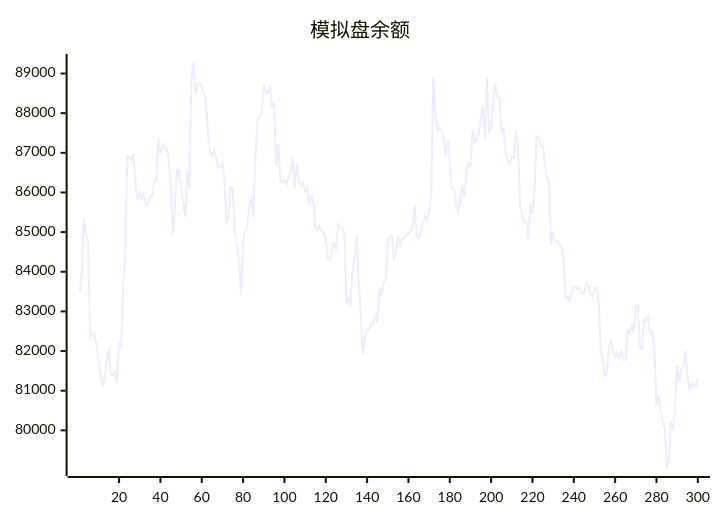
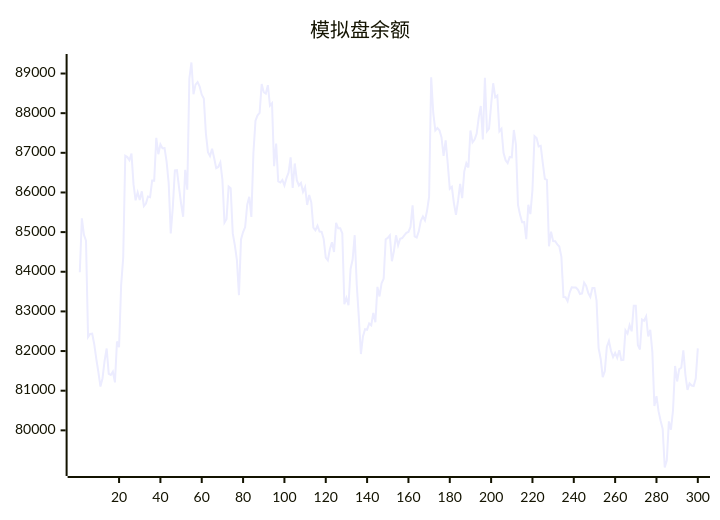
Before and after one commit to aahl/ai-trading: the diagram in README.md, drawn with Mermaid. The commit also changed other lines of this file and 1 other file, not shown here.

````diff
--- a/README.md
+++ b/README.md
@@ -5,5 +5,5 @@
 ```mermaid
 xychart
     title "模拟盘余额"
-    line [83465,83987,85348,84930,84786,82355,82433,82438,82167,81795,81466,81105,81315,81756,82064,81426,81398,81481,81210,82242,82099,83658,84359,86925,86892,86814,86980,86203,85802,86003,85811,86028,85657,85721,85896,85880,86300,86299,87378,86965,87214,87115,87118,86780,86238,84966,85623,86555,86562,86129,85722,85387,86569,86070,88870,89278,88477,88720,88781,88668,88467,88372,87493,87018,86917,87102,86870,86613,86644,86758,86317,85242,85334,86149,86106,84968,84671,84302,83410,84816,85001,85127,85693,85891,85384,87001,87811,87945,88007,88734,88528,88495,88705,88189,88248,86662,87234,86279,86251,86314,86177,86364,86503,86886,86114,86731,86310,86176,86240,86017,86136,85685,85938,85749,85111,85044,85164,85016,85008,84824,84354,84287,84572,84745,84500,85234,85096,85095,84970,83180,83338,83157,84070,84309,84922,83667,82850,81924,82369,82552,82539,82695,82648,82962,82728,83619,83378,83710,83825,84819,84854,84917,84265,84527,84919,84668,84834,84850,84916,84981,85004,85131,85674,84891,84864,85019,85284,85393,85294,85538,85894,88904,88012,87567,87625,87568,87386,86920,87313,86737,86094,86143,85725,85437,85787,86219,85859,86526,86740,86630,87563,87264,87335,87483,87886,88180,87335,88894,87544,87608,88207,88755,88401,88444,87543,87608,87000,86810,86740,86894,86884,87576,87209,85686,85435,85251,85255,84820,85689,85453,86066,87420,87373,87161,87178,86740,86341,86315,84643,85012,84772,84768,84690,84635,84376,83360,83357,83259,83474,83608,83606,83602,83548,83440,83454,83724,83644,83464,83365,83590,83592,83275,82072,81806,81344,81492,82109,82254,82006,81848,81955,81829,82022,81769,81776,82522,82441,82656,82498,83144,83144,82150,82038,82797,82763,82872,82367,82536,81981,80612,80862,80484,80242,80034,79063,79245,80226,80016,80507,81625,81233,81544,81578,82016,81401,81019,81186,81130,81118,81306]
+    line [83987,85348,84930,84786,82355,82433,82438,82167,81795,81466,81105,81315,81756,82064,81426,81398,81481,81210,82242,82099,83658,84359,86925,86892,86814,86980,86203,85802,86003,85811,86028,85657,85721,85896,85880,86300,86299,87378,86965,87214,87115,87118,86780,86238,84966,85623,86555,86562,86129,85722,85387,86569,86070,88870,89278,88477,88720,88781,88668,88467,88372,87493,87018,86917,87102,86870,86613,86644,86758,86317,85242,85334,86149,86106,84968,84671,84302,83410,84816,85001,85127,85693,85891,85384,87001,87811,87945,88007,88734,88528,88495,88705,88189,88248,86662,87234,86279,86251,86314,86177,86364,86503,86886,86114,86731,86310,86176,86240,86017,86136,85685,85938,85749,85111,85044,85164,85016,85008,84824,84354,84287,84572,84745,84500,85234,85096,85095,84970,83180,83338,83157,84070,84309,84922,83667,82850,81924,82369,82552,82539,82695,82648,82962,82728,83619,83378,83710,83825,84819,84854,84917,84265,84527,84919,84668,84834,84850,84916,84981,85004,85131,85674,84891,84864,85019,85284,85393,85294,85538,85894,88904,88012,87567,87625,87568,87386,86920,87313,86737,86094,86143,85725,85437,85787,86219,85859,86526,86740,86630,87563,87264,87335,87483,87886,88180,87335,88894,87544,87608,88207,88755,88401,88444,87543,87608,87000,86810,86740,86894,86884,87576,87209,85686,85435,85251,85255,84820,85689,85453,86066,87420,87373,87161,87178,86740,86341,86315,84643,85012,84772,84768,84690,84635,84376,83360,83357,83259,83474,83608,83606,83602,83548,83440,83454,83724,83644,83464,83365,83590,83592,83275,82072,81806,81344,81492,82109,82254,82006,81848,81955,81829,82022,81769,81776,82522,82441,82656,82498,83144,83144,82150,82038,82797,82763,82872,82367,82536,81981,80612,80862,80484,80242,80034,79063,79245,80226,80016,80507,81625,81233,81544,81578,82016,81401,81019,81186,81130,81118,81306,82066]
 ```
````
